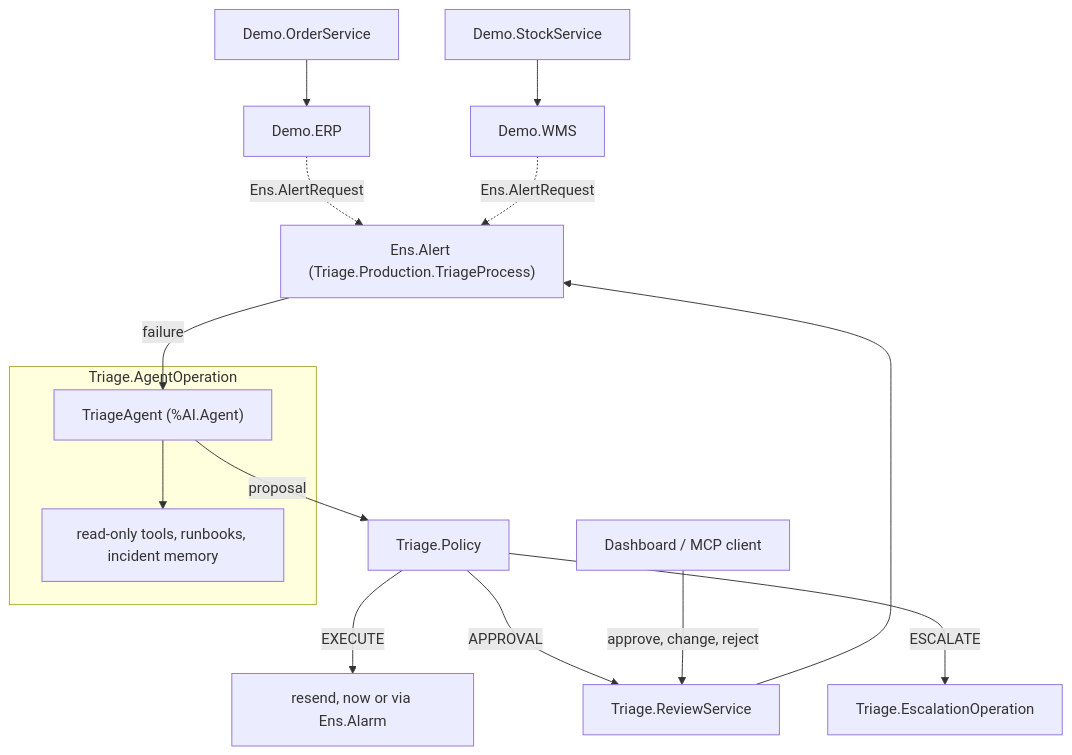
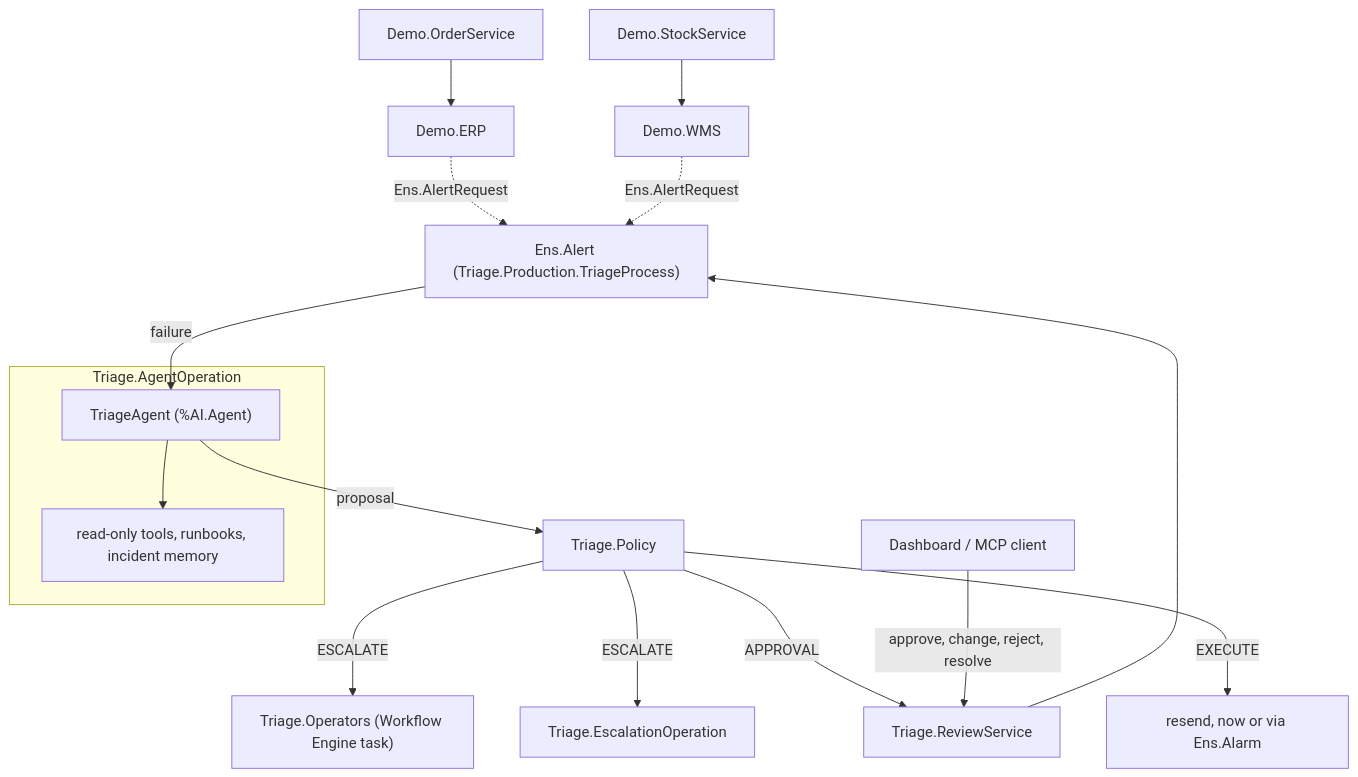
One commit to FilippoGalli001/Interop-Triage changed the diagram in README.md. Above: the diagram before and after it, drawn with Mermaid. The commit also changed other lines of this file and 10 other files, not shown here.

First line of the commit message:
Escalations become Workflow Engine tasks for the Triage.Operators role

````diff
--- a/README.md
+++ b/README.md
@@ -111,18 +111,19 @@
 ```mermaid
 flowchart TD
     OS["Demo.OrderService"] --> ERP["Demo.ERP"]
     SS["Demo.StockService"] --> WMS["Demo.WMS"]
     ERP -.->|Ens.AlertRequest| TP
     WMS -.->|Ens.AlertRequest| TP
 
     TP["Ens.Alert (Triage.Production.TriageProcess)"] -->|failure| AG
     subgraph AIHub["Triage.AgentOperation"]
         AG["TriageAgent (%AI.Agent)"] --> TOOLS["read-only tools, runbooks, incident memory"]
     end
     AG -->|proposal| POL["Triage.Policy"]
     POL -->|EXECUTE| RES["resend, now or via Ens.Alarm"]
     POL -->|APPROVAL| REV["Triage.ReviewService"]
     POL -->|ESCALATE| ESC["Triage.EscalationOperation"]
-    UI["Dashboard / MCP client"] -->|approve, change, reject| REV
+    POL -->|ESCALATE| WF["Triage.Operators (Workflow Engine task)"]
+    UI["Dashboard / MCP client"] -->|approve, change, reject, resolve| REV
     REV --> TP
 ```
````
